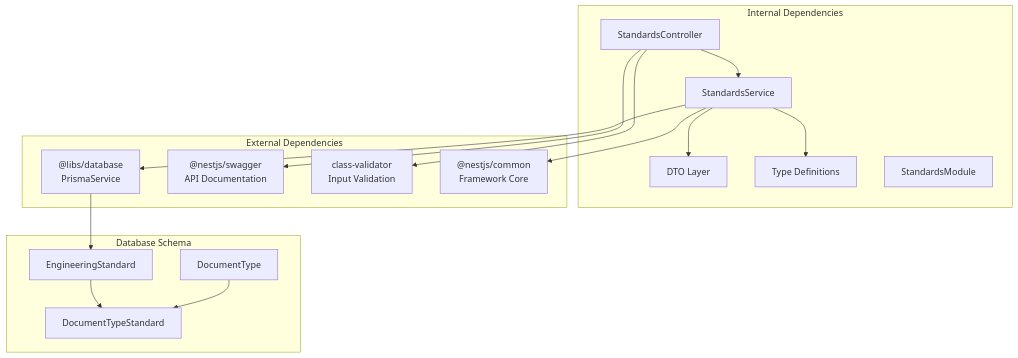
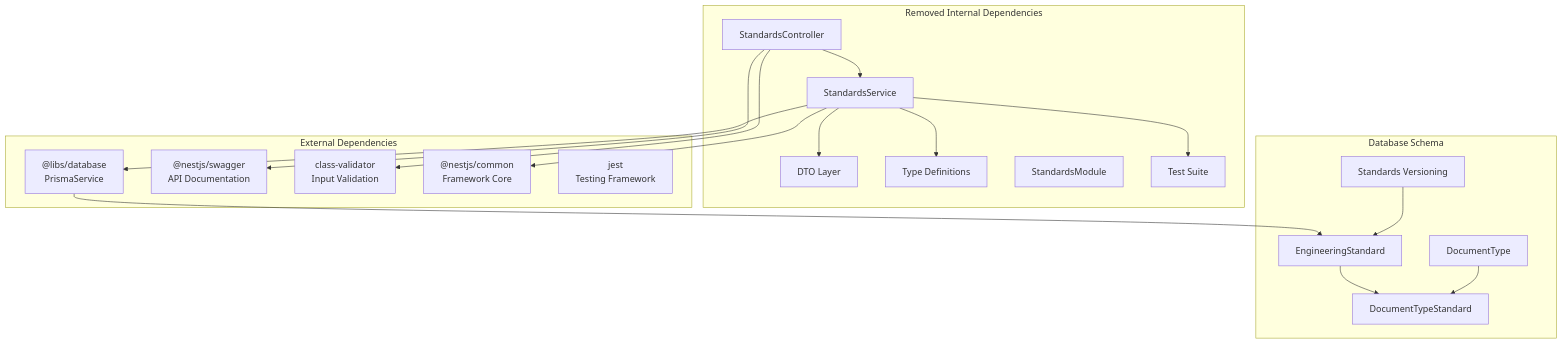
The eighth of 8 diagrams in .qoder/repowiki/en/content/Core Modules/Standards Module.md (Avi-Bendetsky/Quiz-to-build), drawn with Mermaid before and after one commit. The commit also changed other lines of this file and 41 other files, not shown here.

````diff
--- a/.qoder/repowiki/en/content/Core Modules/Standards Module.md
+++ b/.qoder/repowiki/en/content/Core Modules/Standards Module.md
@@ -356,31 +457,36 @@
 ```mermaid
 graph TB
-subgraph "Internal Dependencies"
+subgraph "Removed Internal Dependencies"
 Controller["StandardsController"]
 Service["StandardsService"]
 DTO["DTO Layer"]
 Types["Type Definitions"]
 Module["StandardsModule"]
+Spec["Test Suite"]
 end
 subgraph "External Dependencies"
 Prisma["@libs/database<br/>PrismaService"]
 Swagger["@nestjs/swagger<br/>API Documentation"]
 Validator["class-validator<br/>Input Validation"]
 Nest["@nestjs/common<br/>Framework Core"]
+Jest["jest<br/>Testing Framework"]
 end
 subgraph "Database Schema"
 ES["EngineeringStandard"]
 DTS["DocumentTypeStandard"]
 DT["DocumentType"]
+STD["Standards Versioning"]
 end
 Controller --> Service
 Service --> Prisma
 Controller --> Swagger
 Controller --> Validator
 Service --> Types
 Service --> DTO
 Service --> Nest
+Service --> Spec
 Prisma --> ES
 ES --> DTS
 DT --> DTS
+STD --> ES
 ```
````
